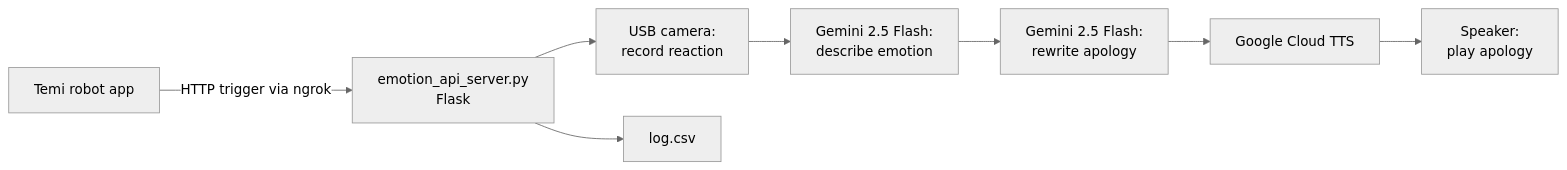
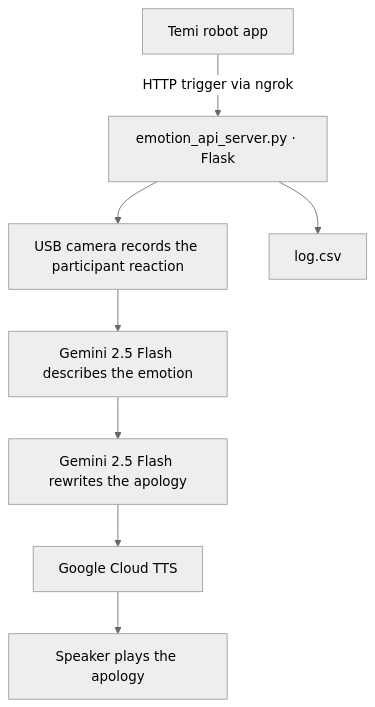
Before and after one commit to scdhong/vlm-emotion-recognition-hrc: the diagram in README.md, drawn with Mermaid (neutral theme).

````diff
--- a/README.md
+++ b/README.md
@@ -33,10 +33,10 @@
 ```mermaid
-flowchart LR
-    T[Temi robot app] -- "HTTP trigger via ngrok" --> S[emotion_api_server.py<br/>Flask]
-    S --> C[USB camera:<br/>record reaction]
-    C --> G1[Gemini 2.5 Flash:<br/>describe emotion]
-    G1 --> G2[Gemini 2.5 Flash:<br/>rewrite apology]
+flowchart TD
+    T[Temi robot app] -- "HTTP trigger via ngrok" --> S[emotion_api_server.py · Flask]
+    S --> C[USB camera records the participant reaction]
+    C --> G1[Gemini 2.5 Flash describes the emotion]
+    G1 --> G2[Gemini 2.5 Flash rewrites the apology]
     G2 --> TTS[Google Cloud TTS]
-    TTS --> SP[Speaker:<br/>play apology]
+    TTS --> SP[Speaker plays the apology]
     S --> L[log.csv]
 ```
````
